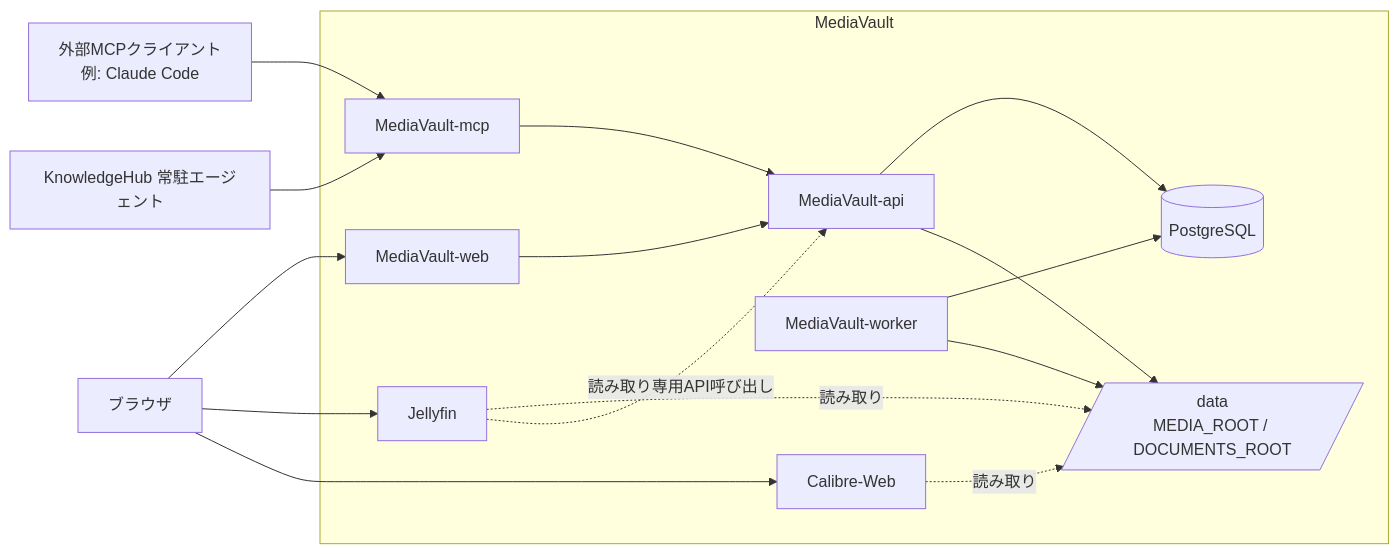
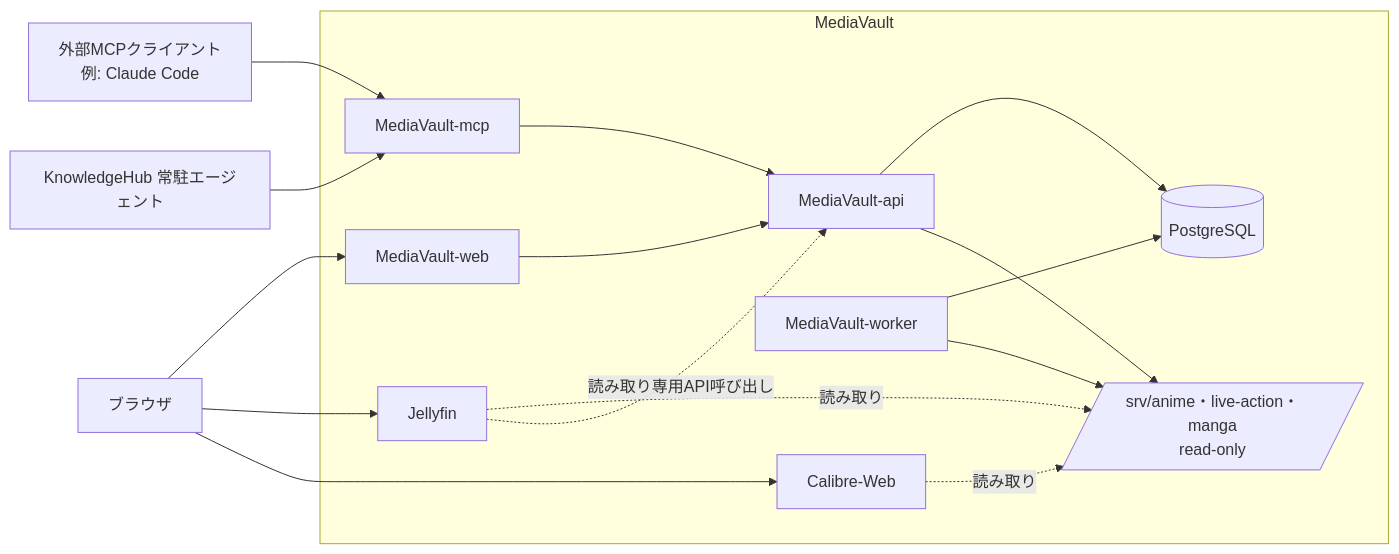
The diagram in docs/basic-design/01_architecture.md (aoton0029/_intrahub-mediavault), drawn with Mermaid before and after one commit. The commit also changed other lines of this file and 17 other files, not shown here.

First line of the commit message:
Refactor MediaVault architecture and job queue design

````diff
--- a/docs/basic-design/01_architecture.md
+++ b/docs/basic-design/01_architecture.md
@@ -7,33 +7,33 @@
 ```mermaid
 flowchart LR
     Browser[ブラウザ]
     AgentExt[外部MCPクライアント\n例: Claude Code]
     AgentInt[KnowledgeHub 常駐エージェント]
 
     subgraph MediaVault
         Web[MediaVault-web]
         Api[MediaVault-api]
         Worker[MediaVault-worker]
         Mcp[MediaVault-mcp]
         DB[(PostgreSQL)]
-        Data[/data\nMEDIA_ROOT / DOCUMENTS_ROOT/]
+        Data[/srv/anime・live-action・manga\nread-only/]
         Jellyfin[Jellyfin]
         Calibre[Calibre-Web]
     end
 
     Browser --> Web
     Browser --> Jellyfin
     Browser --> Calibre
     AgentExt --> Mcp
     AgentInt --> Mcp
 
     Web --> Api
     Mcp --> Api
     Api --> DB
     Worker --> DB
     Api --> Data
     Worker --> Data
     Jellyfin -.読み取り.-> Data
     Calibre -.読み取り.-> Data
     Jellyfin -.読み取り専用API呼び出し.-> Api
 ```
````
